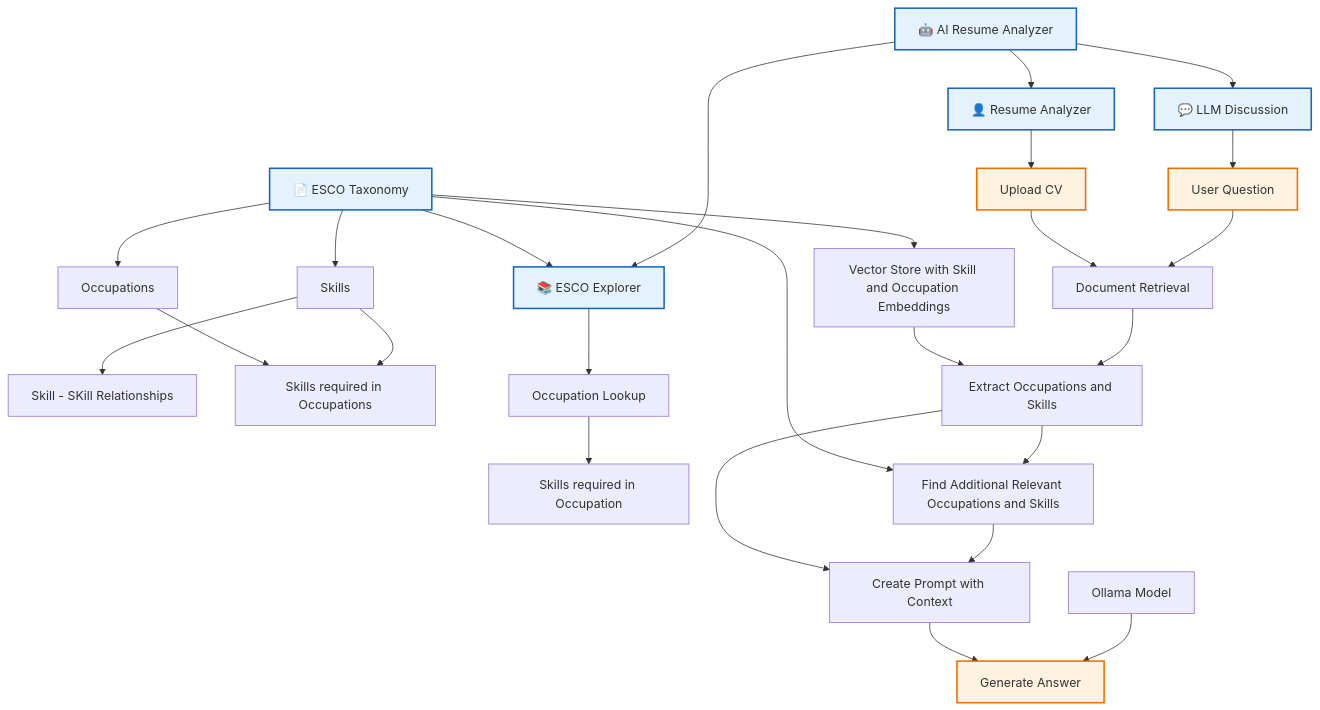
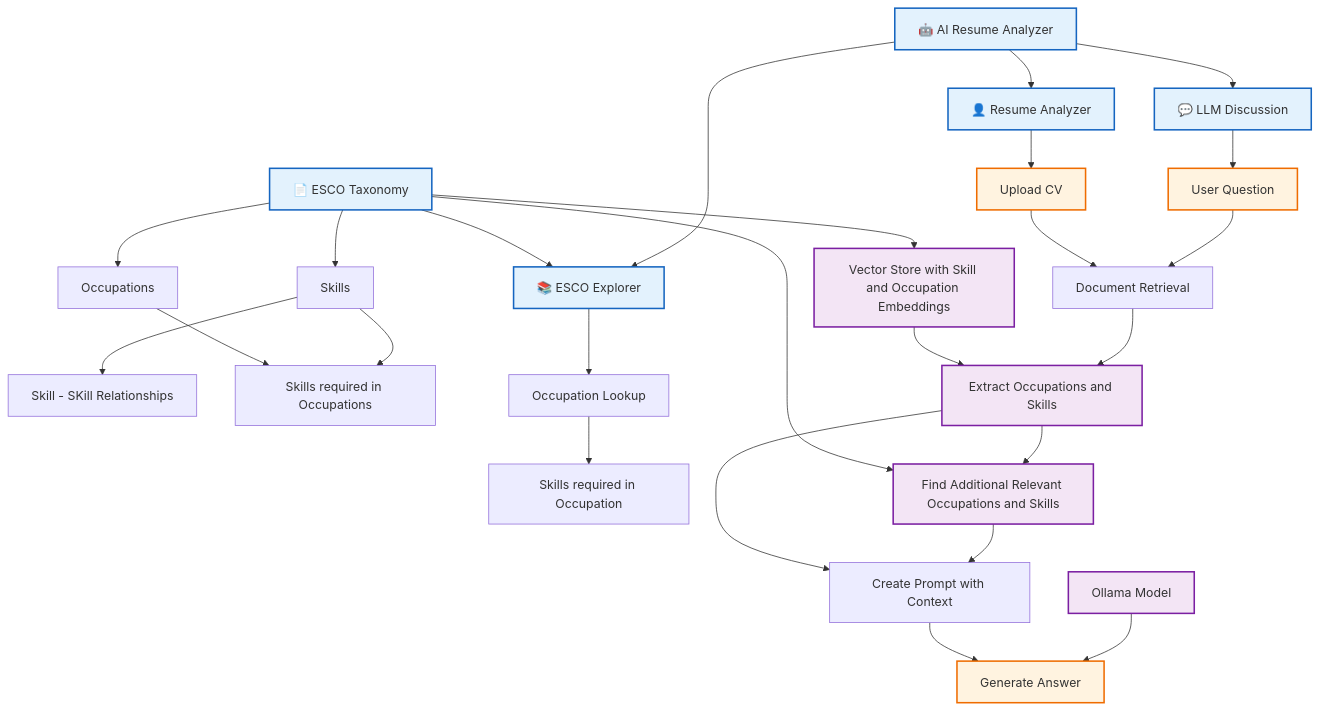
One commit to koncharman/resume_analyzer changed the diagram in README.md. Above: the diagram before and after it, drawn with Mermaid.

````diff
--- a/README.md
+++ b/README.md
@@ -10,48 +10,48 @@
 ```mermaid
 flowchart TD
     ES["📄 ESCO Taxonomy"]
     ES --> ESS["Skills"]
     ES --> ESO["Occupations"]
     ESS --> ESSS["Skill - SKill Relationships"]
     ESS --> ESSO["Skills required in Occupations"]
     ESO --> ESSO
 
     A["🤖 AI Resume Analyzer"]
     
     A --> B["📚 ESCO Explorer"]
     A --> C["💬 LLM Discussion"]
     A --> D["👤 Resume Analyzer"]
 
     ES --> B
     B --> E["Occupation Lookup"]
     E --> F["Skills required in Occupation"]
 
     ES --> VEC["Vector Store with Skill and Occupation Embeddings"]
 
     C --> H["User Question"]
 
     D --> I["Upload CV"]
 
     H --> J["Document Retrieval"]
     I --> J
 
     J --> RAG["Extract Occupations and Skills"]
     VEC --> RAG
 
     RAG --> DS["Find Additional Relevant Occupations and Skills"]
     ES --> DS
 
     DS --> CX["Create Prompt with Context"]
     RAG --> CX
 
     OLL["Ollama Model"] --> AN["Generate Answer"]
     CX --> AN
     
     classDef app fill:#e3f2fd,stroke:#1565c0,stroke-width:2px;
-    classDef rag fill:#f3e5f5,stroke:#7b1fa2,stroke-width:2px;
+    classDef llmrag fill:#f3e5f5,stroke:#7b1fa2,stroke-width:2px;
     classDef io fill:#fff3e0,stroke:#ef6c00,stroke-width:2px;
 
     class ES,A,B,C,D app;
     class VEC,RAG,DS,OLL llmrag;
     class H,I,AN io;
 ```
````
